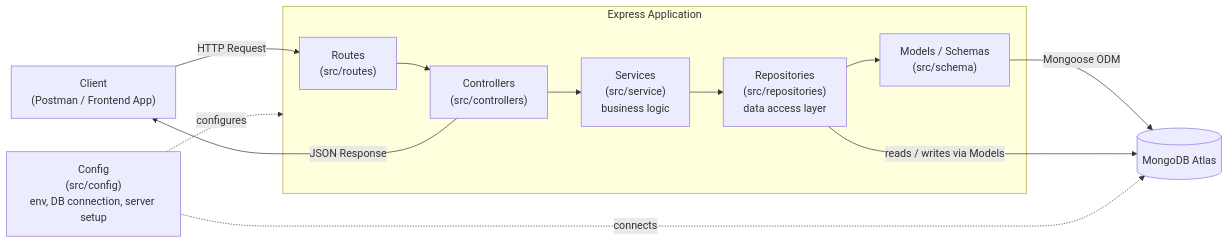
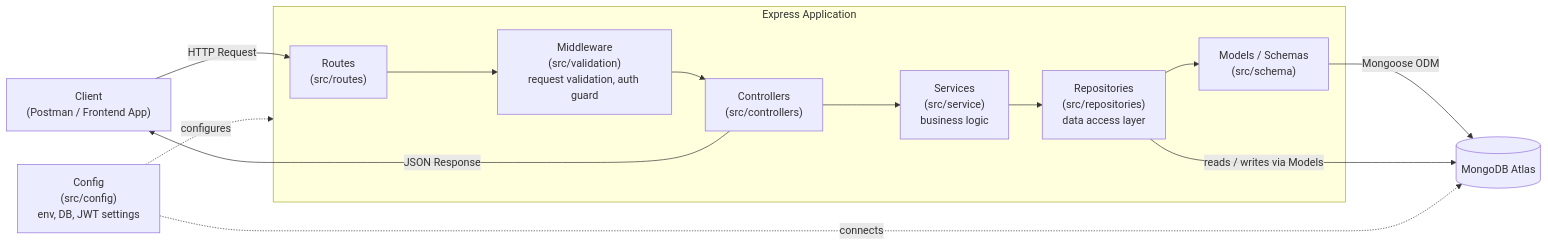
Before and after one commit to samsang-59/Pizza_APP_BACKEND: the diagram in README.md, drawn with Mermaid. The commit also changed other lines of this file and 9 other files, not shown here.

First line of the commit message:
Add JWT-based login flow with cookie sessions

````diff
--- a/README.md
+++ b/README.md
@@ -33,18 +35,19 @@
 ```mermaid
 flowchart LR
     Client["Client\n(Postman / Frontend App)"] -->|HTTP Request| Routes
 
     subgraph API["Express Application"]
-        Routes["Routes\n(src/routes)"] --> Controllers["Controllers\n(src/controllers)"]
+        Routes["Routes\n(src/routes)"] --> Middleware["Middleware\n(src/validation)\nrequest validation, auth guard"]
+        Middleware --> Controllers["Controllers\n(src/controllers)"]
         Controllers --> Services["Services\n(src/service)\nbusiness logic"]
         Services --> Repositories["Repositories\n(src/repositories)\ndata access layer"]
         Repositories --> Models["Models / Schemas\n(src/schema)"]
     end
 
     Models -->|Mongoose ODM| DB[("MongoDB Atlas")]
     Repositories -->|reads / writes via Models| DB
-    Config["Config\n(src/config)\nenv, DB connection, server setup"] -.->|configures| API
+    Config["Config\n(src/config)\nenv, DB, JWT settings"] -.->|configures| API
     Config -.->|connects| DB
 
     Controllers -->|JSON Response| Client
 ```
````
